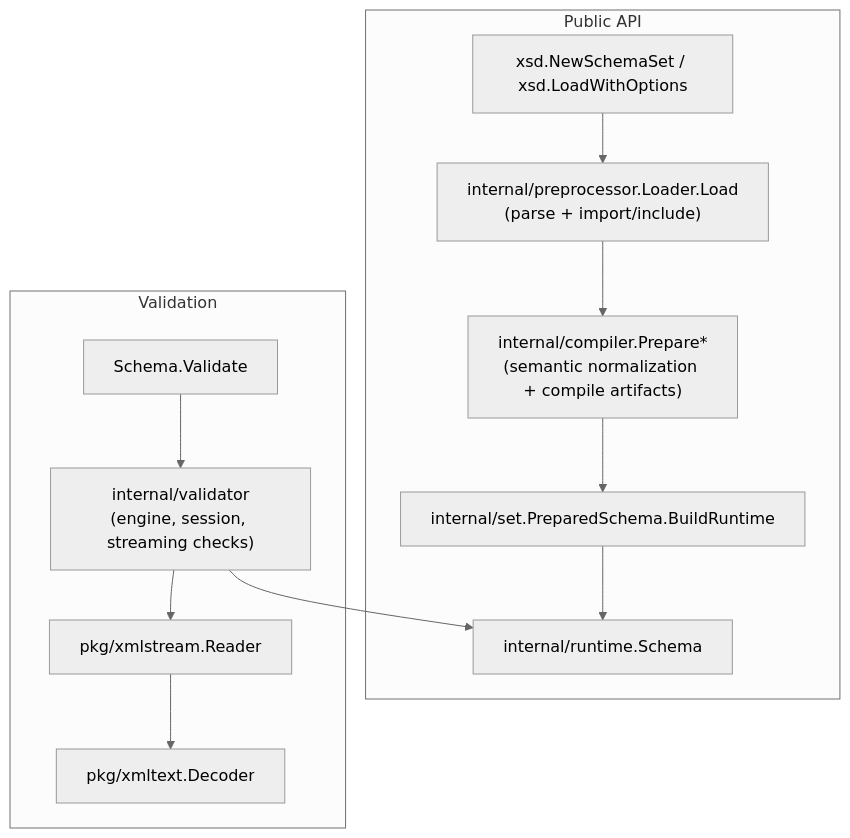
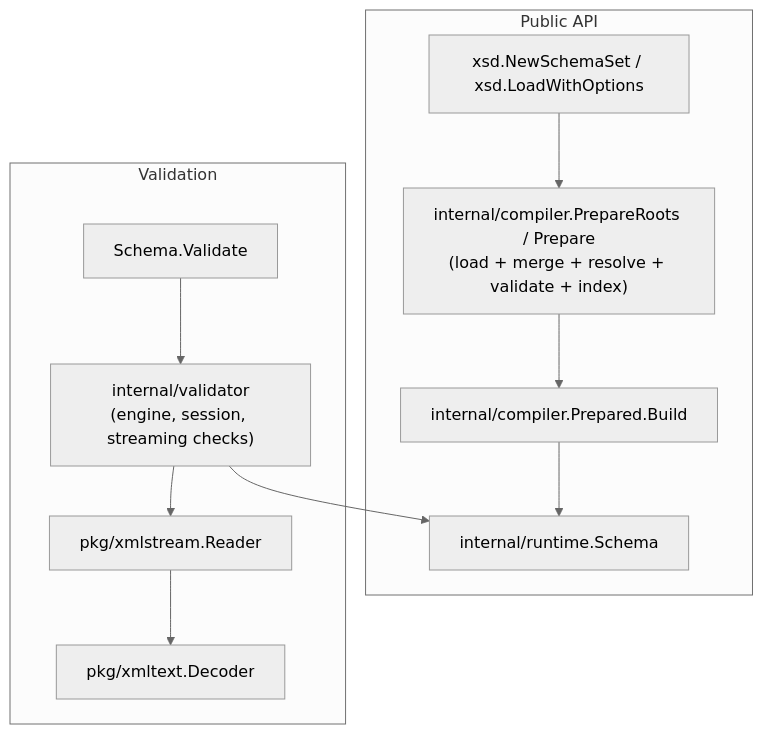
The second of 5 diagrams in docs/architecture.md (jacoelho/xsd), drawn with Mermaid (neutral theme) before and after one commit. The commit also changed other lines of this file and 312 other files, not shown here.

````diff
--- a/docs/architecture.md
+++ b/docs/architecture.md
@@ -47,12 +47,12 @@
 ```mermaid
 flowchart TD
   subgraph PublicAPI["Public API"]
-    Load["xsd.NewSchemaSet / xsd.LoadWithOptions"] --> Loader["internal/preprocessor.Loader.Load<br/>(parse + import/include)"] --> Compile["internal/compiler.Prepare*<br/>(semantic normalization + compile artifacts)"] --> Build["internal/set.PreparedSchema.BuildRuntime"] --> Runtime["internal/runtime.Schema"]
+    Load["xsd.NewSchemaSet / xsd.LoadWithOptions"] --> Compile["internal/compiler.PrepareRoots / Prepare<br/>(load + merge + resolve + validate + index)"] --> Build["internal/compiler.Prepared.Build"] --> Runtime["internal/runtime.Schema"]
   end
   subgraph Validation
     Validate["Schema.Validate"] --> ValidatorPkg["internal/validator<br/>(engine, session, streaming checks)"]
     ValidatorPkg --> Runtime
     ValidatorPkg --> XMLPkg["pkg/xmlstream.Reader"]
     XMLPkg --> XMLText["pkg/xmltext.Decoder"]
   end
 ```
````
